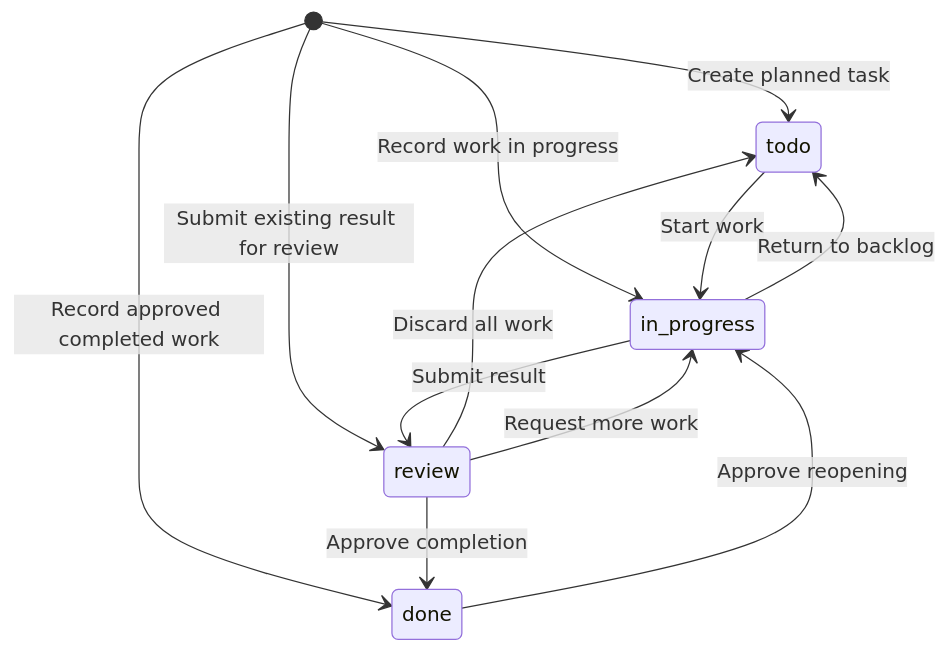
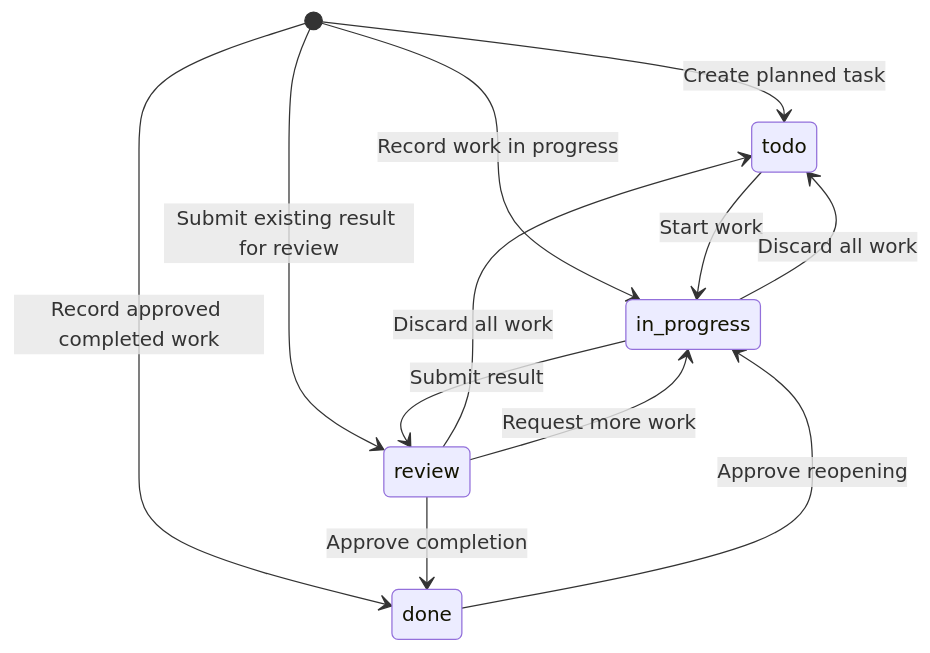
The diagram in aad.md (jveres/aad), drawn with Mermaid before and after one commit. The commit also changed other lines of this file and 5 other files, not shown here.

Commit message:
AAD 2.2.1: align diagram label, gate wording, example link, and rename check

````diff
--- a/aad.md
+++ b/aad.md
@@ -429,14 +430,14 @@
 ```mermaid
 stateDiagram-v2
     [*] --> todo: Create planned task
     [*] --> in_progress: Record work in progress
     [*] --> review: Submit existing result for review
     [*] --> done: Record approved completed work
     todo --> in_progress: Start work
-    in_progress --> todo: Return to backlog
+    in_progress --> todo: Discard all work
     in_progress --> review: Submit result
     review --> todo: Discard all work
     review --> in_progress: Request more work
     review --> done: Approve completion
     done --> in_progress: Approve reopening
 ```
````
